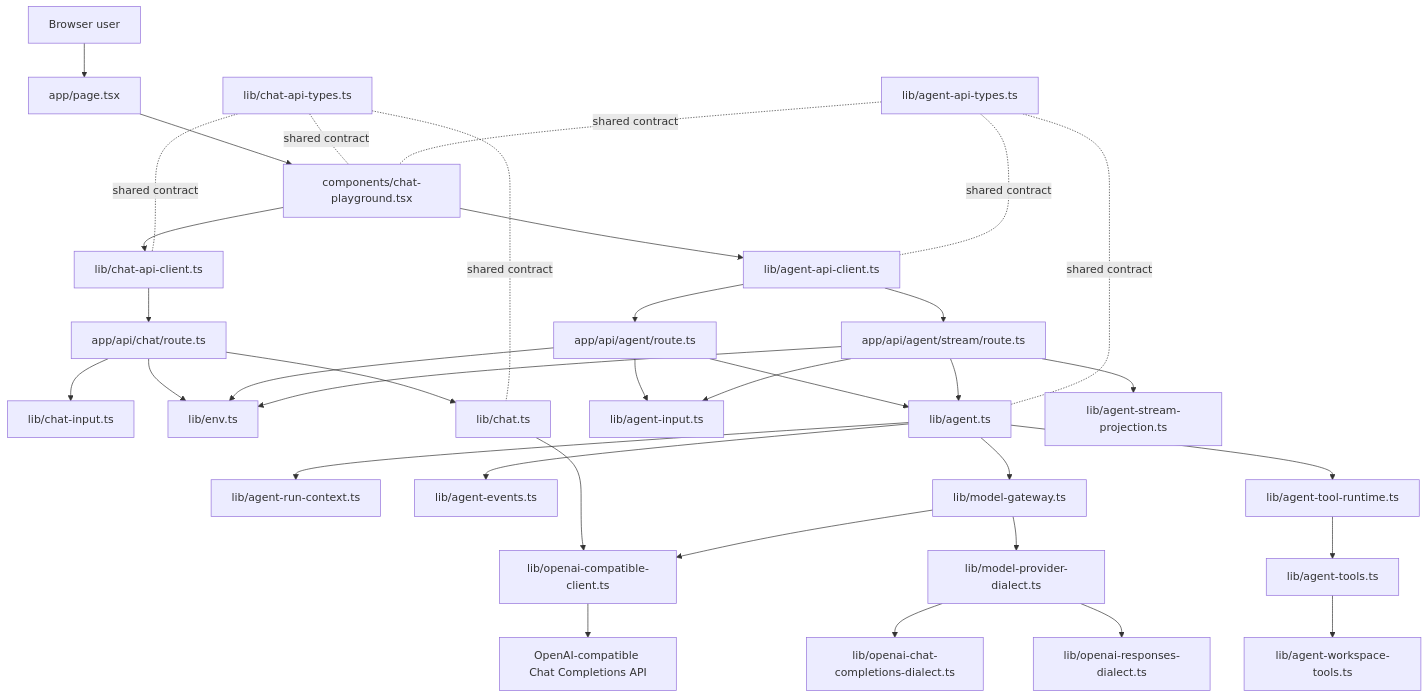
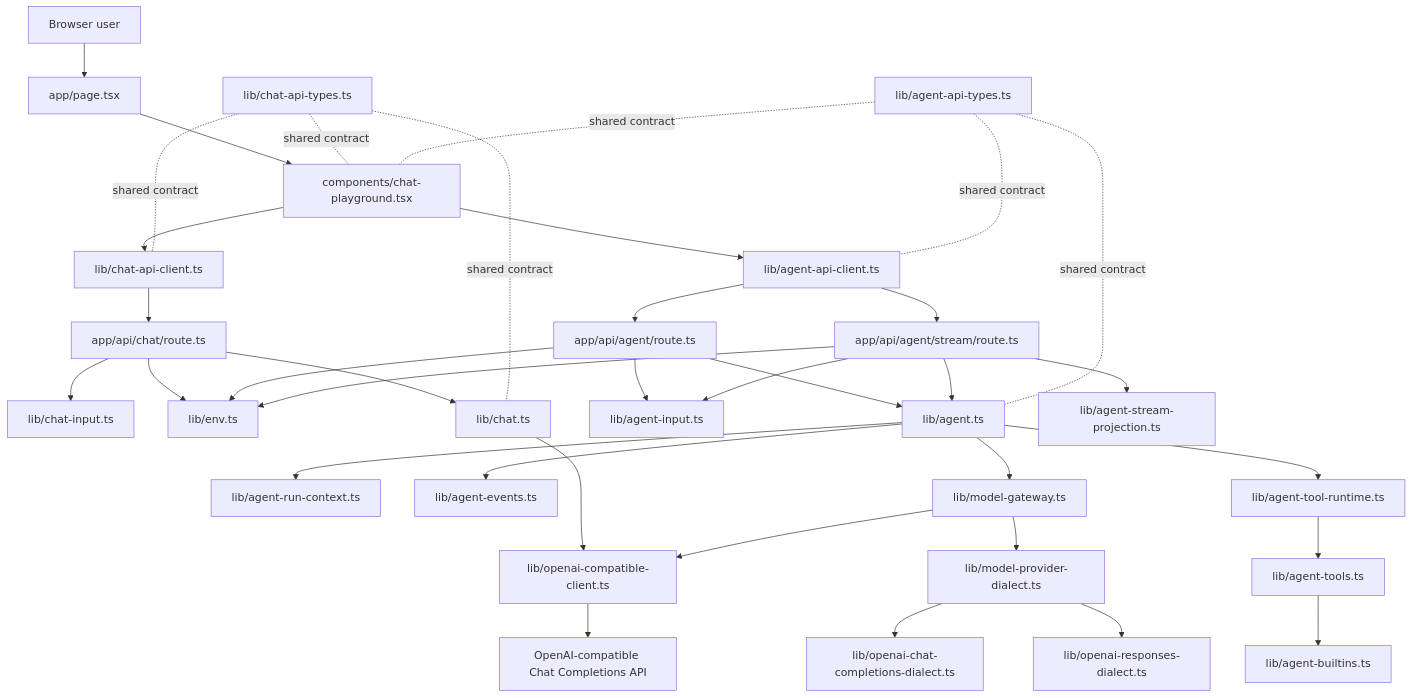
Before and after one commit to Liang-HZ/inspectable-agent-harness: the first of 3 diagrams in docs/architecture.md, drawn with Mermaid. The commit also changed other lines of this file and 66 other files, not shown here.

````diff
--- a/docs/architecture.md
+++ b/docs/architecture.md
@@ -21,42 +25,42 @@
 ```mermaid
 flowchart TD
   User[Browser user] --> Page[app/page.tsx]
   Page --> Playground[components/chat-playground.tsx]
   Playground --> BrowserClient[lib/chat-api-client.ts]
   Playground --> AgentBrowserClient[lib/agent-api-client.ts]
   BrowserClient --> ChatRoute[app/api/chat/route.ts]
   AgentBrowserClient --> AgentRoute[app/api/agent/route.ts]
   AgentBrowserClient --> AgentStreamRoute[app/api/agent/stream/route.ts]
 
   ChatRoute --> ChatInput[lib/chat-input.ts]
   ChatRoute --> Env[lib/env.ts]
   ChatRoute --> ChatService[lib/chat.ts]
 
   AgentRoute --> AgentInput[lib/agent-input.ts]
   AgentStreamRoute --> AgentInput
   AgentRoute --> Env
   AgentStreamRoute --> Env
   AgentRoute --> AgentService[lib/agent.ts]
   AgentStreamRoute --> AgentService
   AgentStreamRoute --> AgentProjection[lib/agent-stream-projection.ts]
   AgentService --> AgentRunContext[lib/agent-run-context.ts]
   AgentService --> AgentEvents[lib/agent-events.ts]
   AgentService --> ModelGateway[lib/model-gateway.ts]
   ModelGateway --> ModelDialect[lib/model-provider-dialect.ts]
   ModelDialect --> ChatDialect[lib/openai-chat-completions-dialect.ts]
   ModelDialect --> ResponsesDialect[lib/openai-responses-dialect.ts]
   AgentService --> ToolRuntime[lib/agent-tool-runtime.ts]
   ToolRuntime --> AgentTools[lib/agent-tools.ts]
-  AgentTools --> WorkspaceTools[lib/agent-workspace-tools.ts]
+  AgentTools --> BuiltinTools[lib/agent-builtins.ts]
 
   ChatService --> OpenAIClient[lib/openai-compatible-client.ts]
   ModelGateway --> OpenAIClient
   OpenAIClient --> Provider[OpenAI-compatible Chat Completions API]
 
   SharedTypes[lib/chat-api-types.ts] -. shared contract .- Playground
   SharedTypes -. shared contract .- BrowserClient
   SharedTypes -. shared contract .- ChatService
   AgentTypes[lib/agent-api-types.ts] -. shared contract .- Playground
   AgentTypes -. shared contract .- AgentBrowserClient
   AgentTypes -. shared contract .- AgentService
 ```
````
